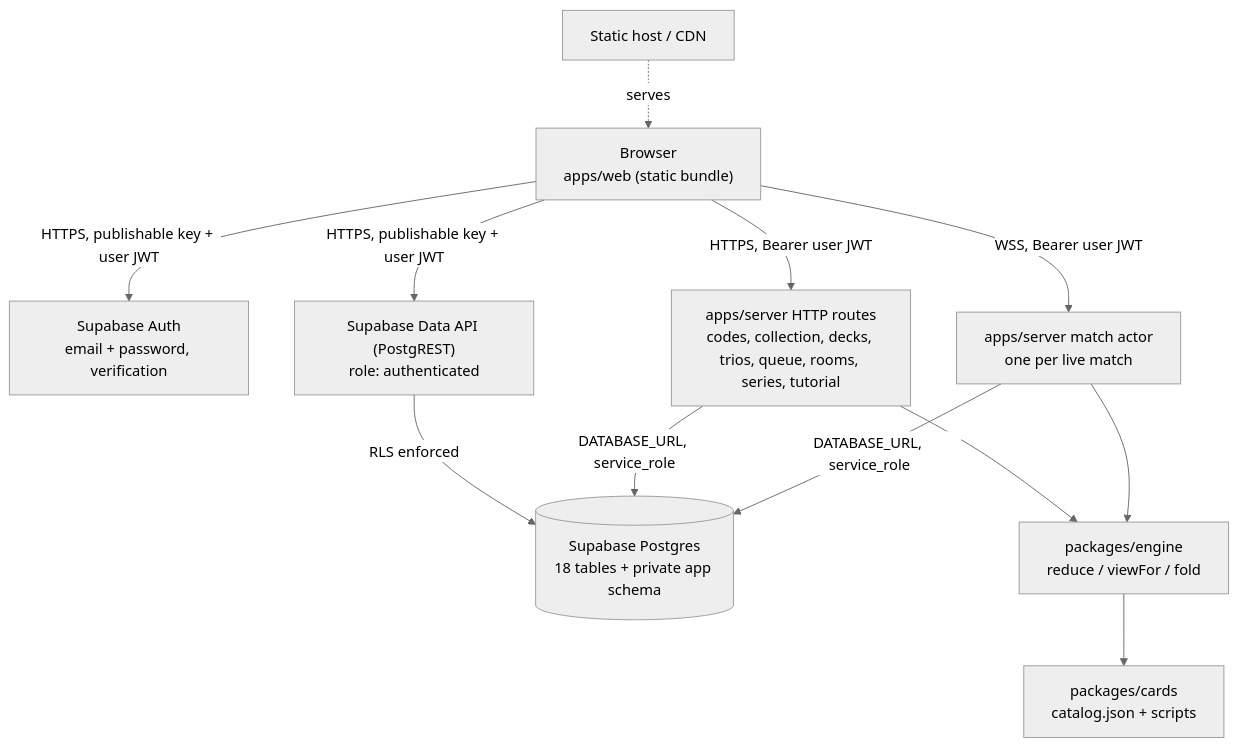
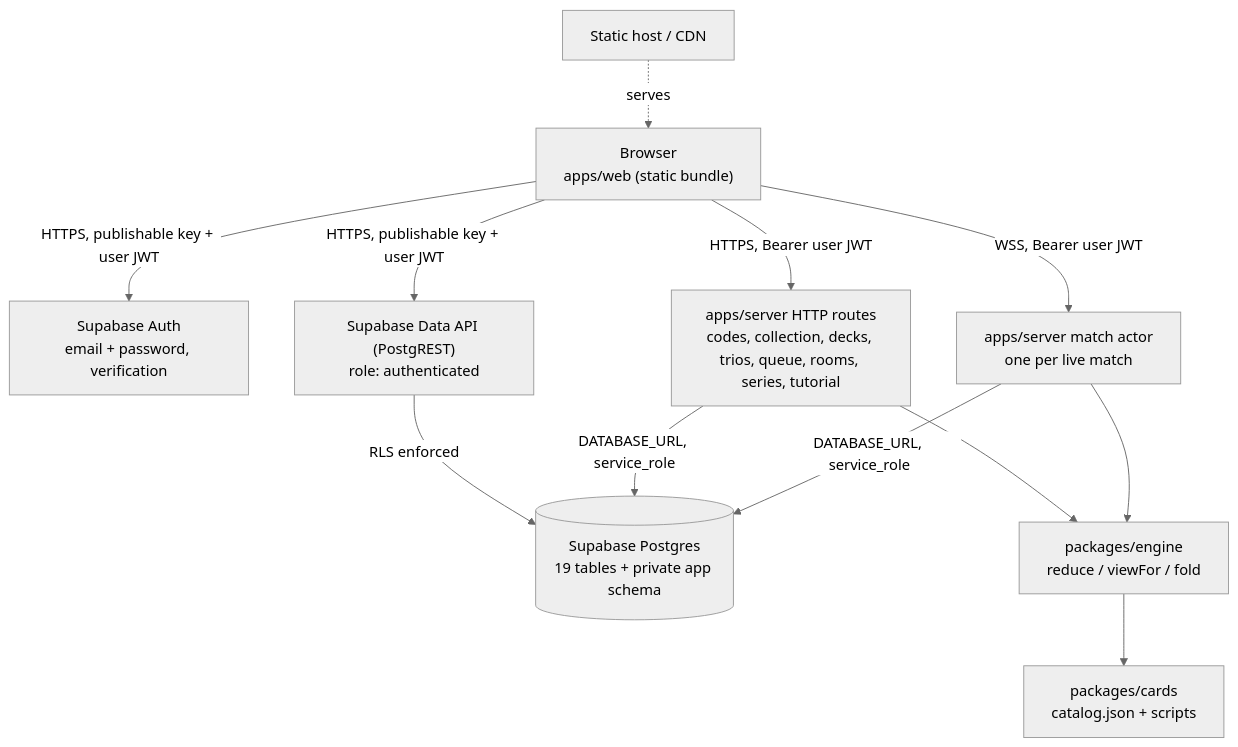
The diagram in docs/architecture.md (Jlore-Studios/JackiOh), drawn with Mermaid (neutral theme) before and after one commit. The commit also changed other lines of this file, not shown here.

First line of the commit message:
docs/architecture.md lists migrations 0015–0017 and the 19 tables they leave

````diff
--- a/docs/architecture.md
+++ b/docs/architecture.md
@@ -16,24 +16,24 @@
 ```mermaid
 flowchart TD
   B["Browser<br/>apps/web (static bundle)"]
   CDN["Static host / CDN"]
   AUTH["Supabase Auth<br/>email + password, verification"]
   PGR["Supabase Data API (PostgREST)<br/>role: authenticated"]
   API["apps/server HTTP routes<br/>codes, collection, decks, trios, queue, rooms, series, tutorial"]
   ACT["apps/server match actor<br/>one per live match"]
-  PG[("Supabase Postgres<br/>18 tables + private app schema")]
+  PG[("Supabase Postgres<br/>19 tables + private app schema")]
   ENG["packages/engine<br/>reduce / viewFor / fold"]
   CAT["packages/cards<br/>catalog.json + scripts"]
 
   CDN -.serves.-> B
   B -->|HTTPS, publishable key + user JWT| AUTH
   B -->|HTTPS, publishable key + user JWT| PGR
   B -->|HTTPS, Bearer user JWT| API
   B -->|WSS, Bearer user JWT| ACT
   PGR -->|RLS enforced| PG
   API -->|DATABASE_URL, service_role| PG
   ACT -->|DATABASE_URL, service_role| PG
   API --> ENG
   ACT --> ENG
   ENG --> CAT
 ```
````
